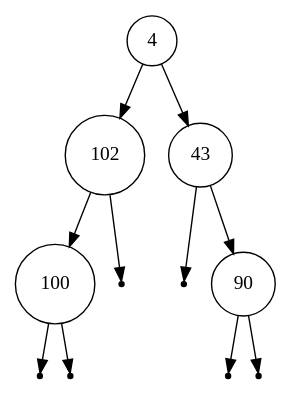
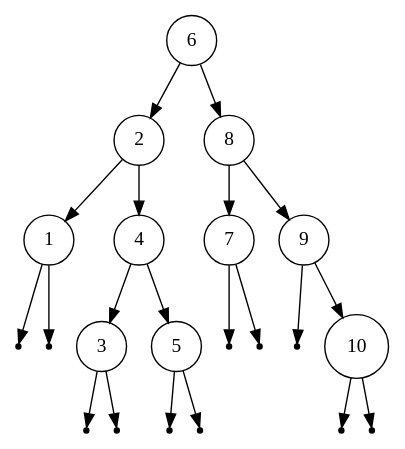
Before and after one commit to SharQawyCS/Optimal-Binary-Search-Tree: the diagram in tree.dot, drawn with Graphviz. The commit also changed 3 other files, not shown here.

```diff
--- a/tree.dot
+++ b/tree.dot
@@ -1,19 +1,34 @@
 digraph OBST {
   node [shape=circle];
-  "4" -> "102";
-  "102" -> "100";
+  "6" -> "2";
+  "2" -> "1";
   null0 [shape=point];
-  "100" -> null0;
+  "1" -> null0;
   null1 [shape=point];
-  "100" -> null1;
+  "1" -> null1;
+  "2" -> "4";
+  "4" -> "3";
   null2 [shape=point];
-  "102" -> null2;
-  "4" -> "43";
+  "3" -> null2;
   null3 [shape=point];
-  "43" -> null3;
-  "43" -> "90";
+  "3" -> null3;
+  "4" -> "5";
   null4 [shape=point];
-  "90" -> null4;
+  "5" -> null4;
   null5 [shape=point];
-  "90" -> null5;
+  "5" -> null5;
+  "6" -> "8";
+  "8" -> "7";
+  null6 [shape=point];
+  "7" -> null6;
+  null7 [shape=point];
+  "7" -> null7;
+  "8" -> "9";
+  null8 [shape=point];
+  "9" -> null8;
+  "9" -> "10";
+  null9 [shape=point];
+  "10" -> null9;
+  null10 [shape=point];
+  "10" -> null10;
 }
```
